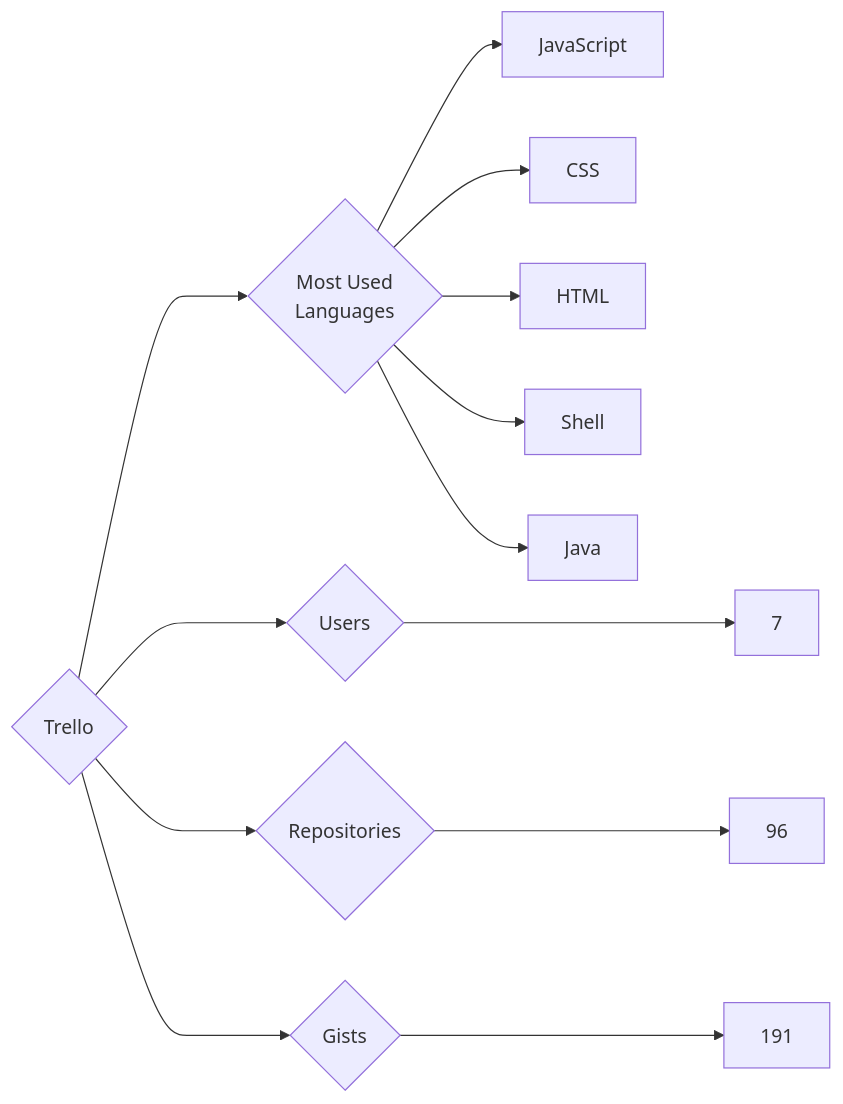
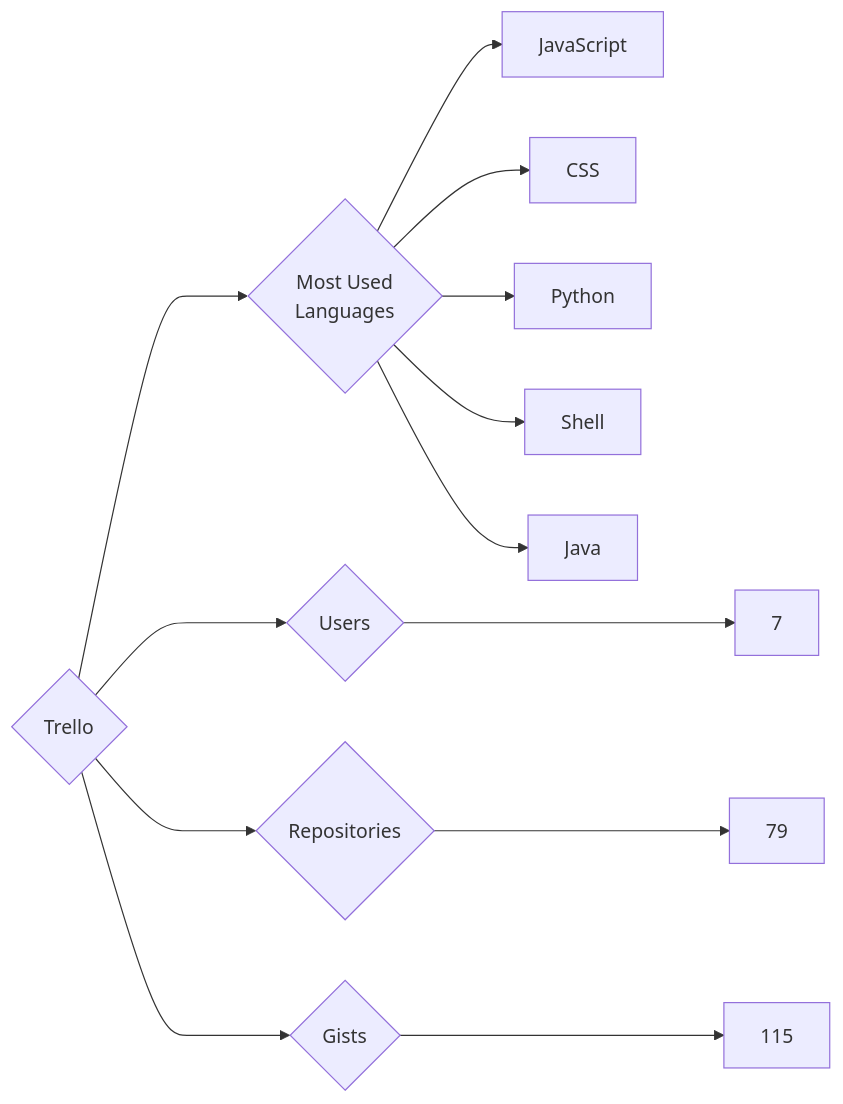
The diagram in targets/Trello/README.md (trickest/insiders), drawn with Mermaid before and after one commit. The commit also changed 920 other files, not shown here.

````diff
--- a/targets/Trello/README.md
+++ b/targets/Trello/README.md
@@ -3,13 +3,13 @@
 ```mermaid
 graph LR
 COMPANY_NAME{Trello}
 COMPANY_NAME ---> U{Users} ---> UN[7]
-COMPANY_NAME ---> R{Repositories} ---> RN[96]
-COMPANY_NAME ---> G{Gists} ---> GN[191]
+COMPANY_NAME ---> R{Repositories} ---> RN[79]
+COMPANY_NAME ---> G{Gists} ---> GN[115]
 COMPANY_NAME ---> ML{Most Used<br>Languages}
 ML --> JavaScript[JavaScript]
 ML --> CSS[CSS]
-ML --> HTML[HTML]
+ML --> Python[Python]
 ML --> Shell[Shell]
 ML --> Java[Java]
 ```
````
